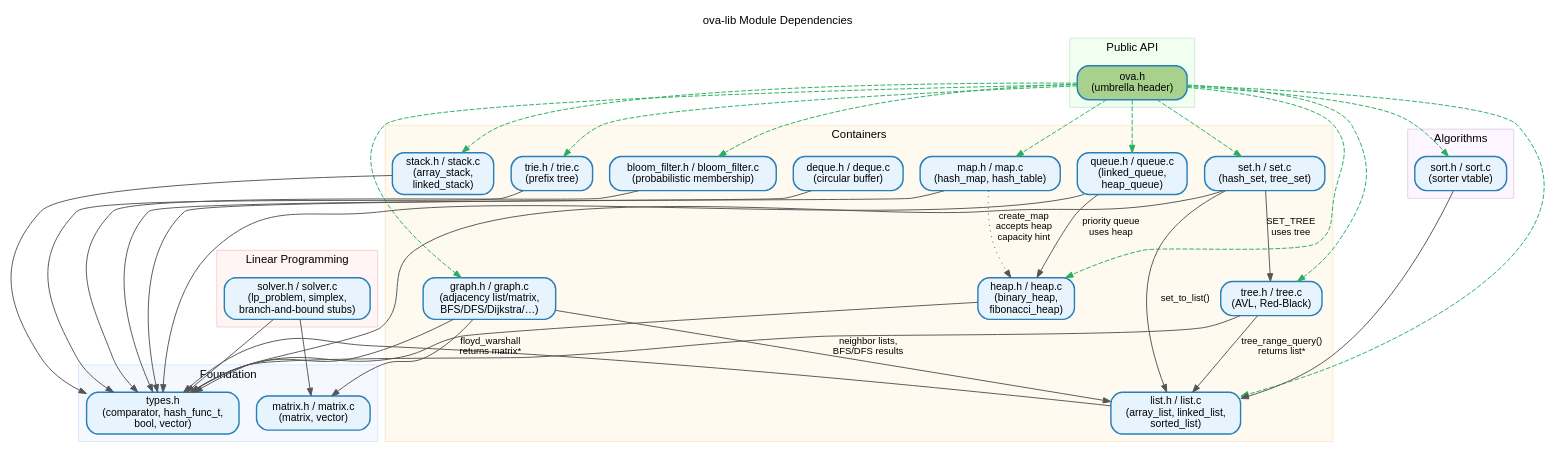
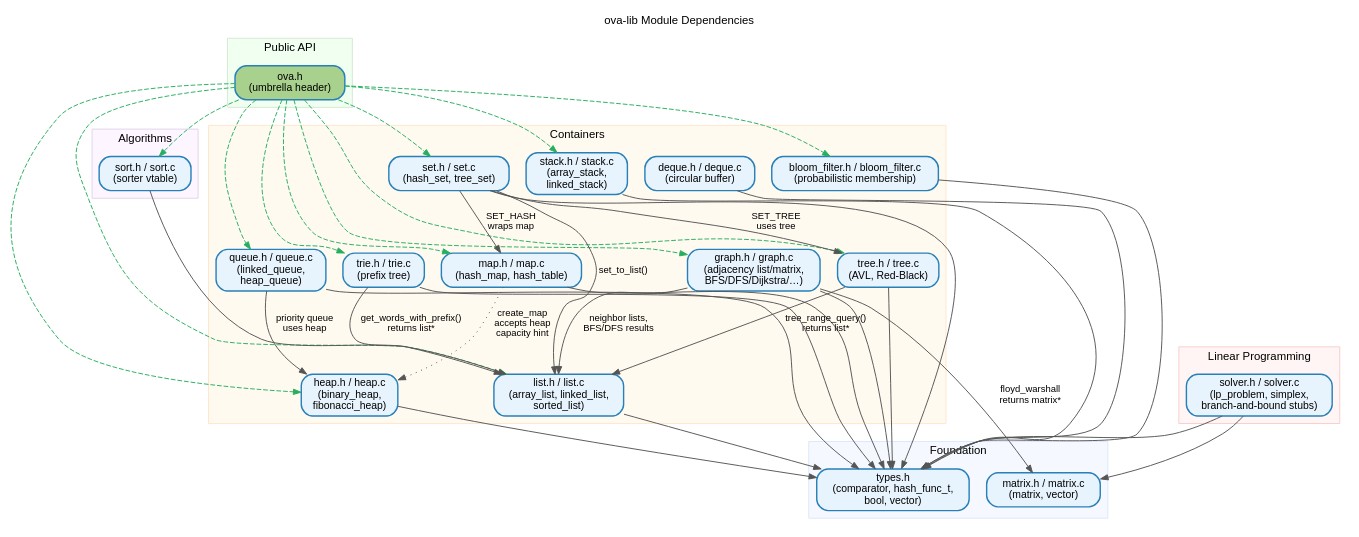
One commit to osvaldoandrade/ova-lib changed the diagram in docs/diagrams/module-dependencies.dot. Above: the diagram before and after it, drawn with Graphviz. The commit also changed 3 other files, not shown here.

First line of the commit message:
Add architecture diagrams: fix errors and add missing modules

```diff
--- a/docs/diagrams/module-dependencies.dot
+++ b/docs/diagrams/module-dependencies.dot
@@ -1,109 +1,111 @@
 /* ova-lib — Module Dependency Graph
  *
  * Render with:  dot -Tsvg module-dependencies.dot -o module-dependencies.svg
  *               dot -Tpng module-dependencies.dot -o module-dependencies.png
  */
 digraph ova_lib_modules {
     rankdir = TB;
     compound = true;
     graph [fontname="Helvetica", fontsize=12, bgcolor="#FFFFFF",
            label="ova-lib Module Dependencies", labelloc=t, labeljust=c];
     node  [fontname="Helvetica", fontsize=11, shape=box, style="rounded,filled",
            fillcolor="#E8F4FD", color="#2980B9", penwidth=1.5];
     edge  [fontname="Helvetica", fontsize=10, color="#555555", arrowsize=0.8];
 
     /* ── Umbrella ─────────────────────────────────────────────── */
     subgraph cluster_umbrella {
         label="Public API";
         style=filled;
         color="#D5E8D4";
         fillcolor="#F0FFF0";
         ova_h [label="ova.h\n(umbrella header)", fillcolor="#A9D18E"];
     }
 
     /* ── Foundation ──────────────────────────────────────────── */
     subgraph cluster_foundation {
         label="Foundation";
         style=filled;
         color="#DAE8FC";
         fillcolor="#F5F9FF";
         types_h [label="types.h\n(comparator, hash_func_t,\nbool, vector)"];
         matrix_h [label="matrix.h / matrix.c\n(matrix, vector)"];
     }
 
     /* ── Containers ──────────────────────────────────────────── */
     subgraph cluster_containers {
         label="Containers";
         style=filled;
         color="#FFE6CC";
         fillcolor="#FFFAF0";
 
         list_h   [label="list.h / list.c\n(array_list, linked_list,\nsorted_list)"];
         heap_h   [label="heap.h / heap.c\n(binary_heap,\nfibonacci_heap)"];
         queue_h  [label="queue.h / queue.c\n(linked_queue,\nheap_queue)"];
         stack_h  [label="stack.h / stack.c\n(array_stack,\nlinked_stack)"];
         deque_h  [label="deque.h / deque.c\n(circular buffer)"];
         map_h    [label="map.h / map.c\n(hash_map, hash_table)"];
         set_h    [label="set.h / set.c\n(hash_set, tree_set)"];
         tree_h   [label="tree.h / tree.c\n(AVL, Red-Black)"];
         trie_h   [label="trie.h / trie.c\n(prefix tree)"];
         graph_h  [label="graph.h / graph.c\n(adjacency list/matrix,\nBFS/DFS/Dijkstra/…)"];
         bloom_h  [label="bloom_filter.h / bloom_filter.c\n(probabilistic membership)"];
     }
 
     /* ── Algorithms ──────────────────────────────────────────── */
     subgraph cluster_algorithms {
         label="Algorithms";
         style=filled;
         color="#E1D5E7";
         fillcolor="#FDF5FF";
         sort_h   [label="sort.h / sort.c\n(sorter vtable)"];
     }
 
     /* ── Solver ──────────────────────────────────────────────── */
     subgraph cluster_solver {
         label="Linear Programming";
         style=filled;
         color="#F8CECC";
         fillcolor="#FFF5F5";
         solver_h [label="solver.h / solver.c\n(lp_problem, simplex,\nbranch-and-bound stubs)"];
     }
 
     /* ── Edges from umbrella ─────────────────────────────────── */
     ova_h -> list_h   [style=dashed, color="#27AE60"];
     ova_h -> heap_h   [style=dashed, color="#27AE60"];
     ova_h -> queue_h  [style=dashed, color="#27AE60"];
     ova_h -> stack_h  [style=dashed, color="#27AE60"];
     ova_h -> map_h    [style=dashed, color="#27AE60"];
     ova_h -> set_h    [style=dashed, color="#27AE60"];
     ova_h -> tree_h   [style=dashed, color="#27AE60"];
     ova_h -> trie_h   [style=dashed, color="#27AE60"];
     ova_h -> graph_h  [style=dashed, color="#27AE60"];
     ova_h -> sort_h   [style=dashed, color="#27AE60"];
     ova_h -> bloom_h  [style=dashed, color="#27AE60"];
 
     /* ── Foundation dependencies ─────────────────────────────── */
     list_h   -> types_h;
     heap_h   -> types_h;
     queue_h  -> types_h;
     stack_h  -> types_h;
     deque_h  -> types_h;
     map_h    -> types_h;
     set_h    -> types_h;
     tree_h   -> types_h;
     trie_h   -> types_h;
     graph_h  -> types_h;
     bloom_h  -> types_h;
     sort_h   -> list_h;
     solver_h -> types_h;
     solver_h -> matrix_h;
 
     /* ── Cross-module dependencies ───────────────────────────── */
     queue_h  -> heap_h   [label="priority queue\nuses heap"];
     map_h    -> heap_h   [label="create_map\naccepts heap\ncapacity hint", style=dotted];
     set_h    -> list_h   [label="set_to_list()"];
+    set_h    -> map_h    [label="SET_HASH\nwraps map"];
     set_h    -> tree_h   [label="SET_TREE\nuses tree"];
+    trie_h   -> list_h   [label="get_words_with_prefix()\nreturns list*"];
     tree_h   -> list_h   [label="tree_range_query()\nreturns list*"];
     graph_h  -> list_h   [label="neighbor lists,\nBFS/DFS results"];
     graph_h  -> matrix_h [label="floyd_warshall\nreturns matrix*"];
 }
```
